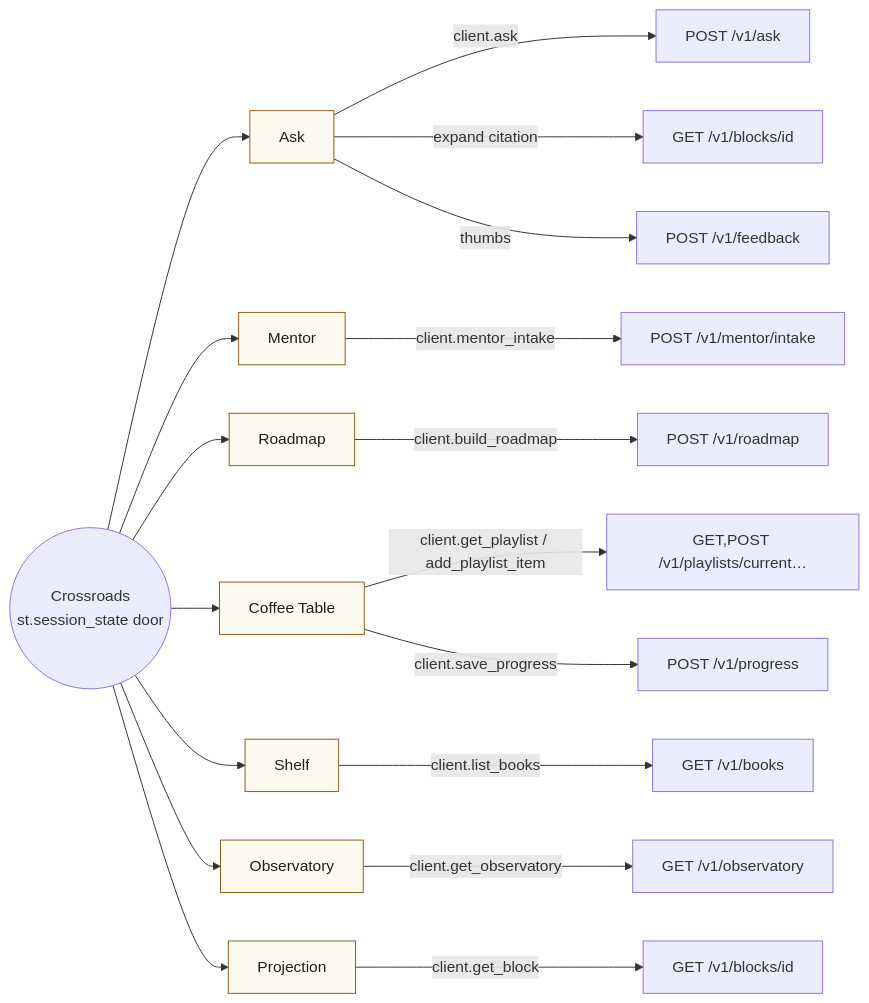
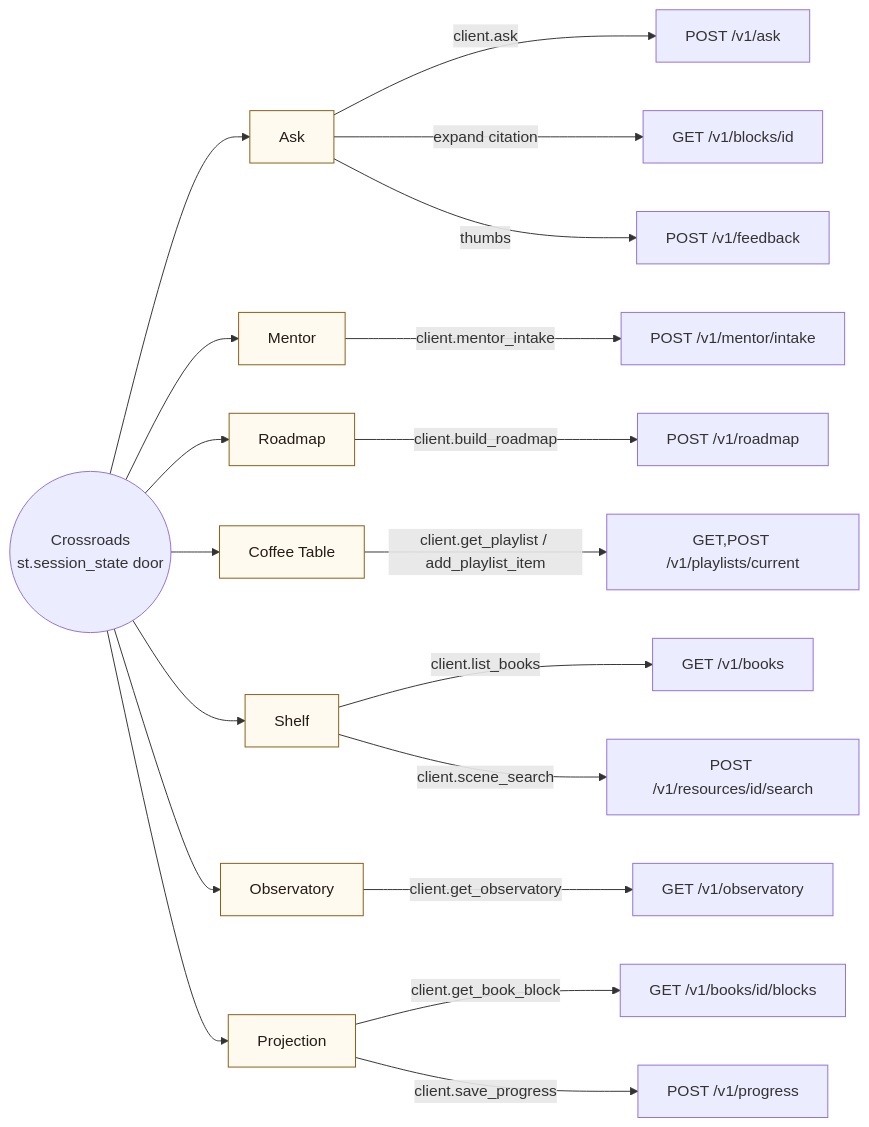
Before and after one commit to elgrassa/homelib: the first of 2 diagrams in docs/wiki/crossroads-and-doors.md, drawn with Mermaid. The commit also changed 8 other files, not shown here.

First line of the commit message:
fix(ui): align Crossroads labels and diagrams with the live doors

````diff
--- a/docs/wiki/crossroads-and-doors.md
+++ b/docs/wiki/crossroads-and-doors.md
@@ -7,24 +7,25 @@
 ```mermaid
 flowchart LR
     X((Crossroads<br/>st.session_state door)) --> Ask
     X --> Mentor
     X --> Roadmap
     X --> CT[Coffee Table]
     X --> Shelf
     X --> Obs[Observatory]
     X --> Proj[Projection]
 
     Ask -->|client.ask| A1[POST /v1/ask]
     Ask -->|expand citation| A2[GET /v1/blocks/id]
     Ask -->|thumbs| A3[POST /v1/feedback]
     Mentor -->|client.mentor_intake| M1[POST /v1/mentor/intake]
     Roadmap -->|client.build_roadmap| R1[POST /v1/roadmap]
-    CT -->|client.get_playlist / add_playlist_item| C1[GET,POST /v1/playlists/current…]
-    CT -->|client.save_progress| C2[POST /v1/progress]
+    CT -->|client.get_playlist / add_playlist_item| C1[GET,POST /v1/playlists/current]
     Shelf -->|client.list_books| S1[GET /v1/books]
+    Shelf -->|client.scene_search| S2[POST /v1/resources/id/search]
     Obs -->|client.get_observatory| O1[GET /v1/observatory]
-    Proj -->|client.get_block| P1[GET /v1/blocks/id]
+    Proj -->|client.get_book_block| P1[GET /v1/books/id/blocks]
+    Proj -->|client.save_progress| P2[POST /v1/progress]
 
     classDef door fill:#fffaf0,stroke:#8a5b13,color:#241c16;
     class Ask,Mentor,Roadmap,CT,Shelf,Obs,Proj door;
 ```
````
